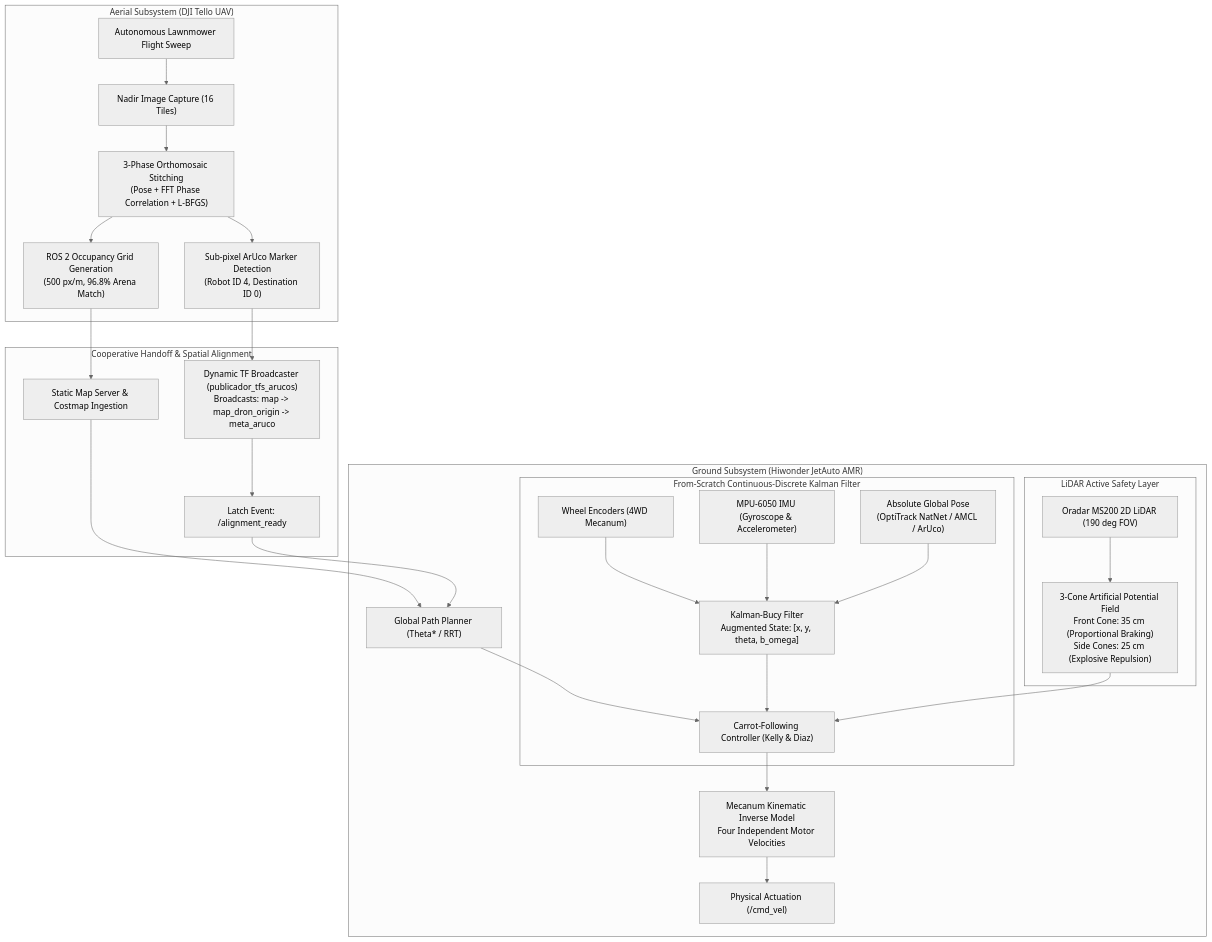
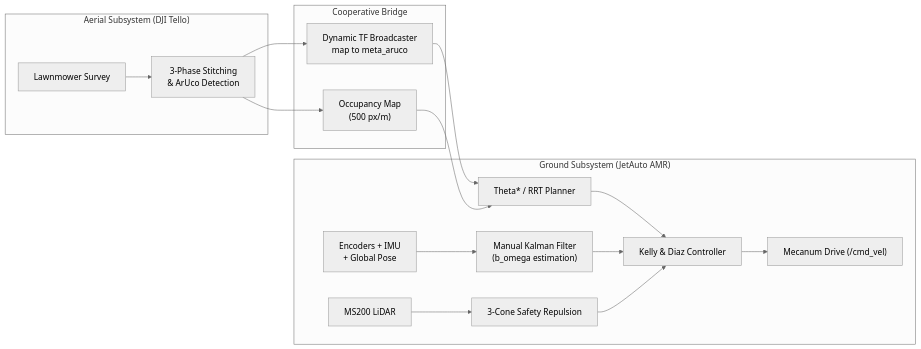
One commit to opyntorr/port_bot_sim_ws changed the first of 5 diagrams in README.md. Above: the diagram before and after it, drawn with Mermaid (neutral theme). The commit also changed other lines of this file, not shown here.

Commit message:
docs: simplify and streamline mermaid architecture diagrams

````diff
--- a/README.md
+++ b/README.md
@@ -48,36 +48,22 @@
 ```mermaid
-flowchart TD
-    subgraph Aerial_Subsystem["Aerial Subsystem (DJI Tello UAV)"]
-        A1["Autonomous Lawnmower Flight Sweep"] --> A2["Nadir Image Capture (16 Tiles)"]
-        A2 --> A3["3-Phase Orthomosaic Stitching\n(Pose + FFT Phase Correlation + L-BFGS)"]
-        A3 --> A4["ROS 2 Occupancy Grid Generation\n(500 px/m, 96.8% Arena Match)"]
-        A3 --> A5["Sub-pixel ArUco Marker Detection\n(Robot ID 4, Destination ID 0)"]
+flowchart LR
+    subgraph Aerial["Aerial Subsystem (DJI Tello)"]
+        UAV["Lawnmower Survey"] --> Stitch["3-Phase Stitching\n& ArUco Detection"]
     end
 
-    subgraph Coordination["Cooperative Handoff & Spatial Alignment"]
-        A4 --> C1["Static Map Server & Costmap Ingestion"]
-        A5 --> C2["Dynamic TF Broadcaster (publicador_tfs_arucos)\nBroadcasts: map -> map_dron_origin -> meta_aruco"]
-        C2 --> C3["Latch Event: /alignment_ready"]
+    subgraph Coordination["Cooperative Bridge"]
+        Stitch --> TF["Dynamic TF Broadcaster\nmap to meta_aruco"]
+        Stitch --> Map["Occupancy Map\n(500 px/m)"]
     end
 
-    subgraph Ground_Subsystem["Ground Subsystem (Hiwonder JetAuto AMR)"]
-        C1 --> G1["Global Path Planner (Theta* / RRT)"]
-        C3 --> G1
-        G1 --> G2["Carrot-Following Controller (Kelly & Diaz)"]
-        
-        subgraph Sensor_Fusion["From-Scratch Continuous-Discrete Kalman Filter"]
-            SF1["Wheel Encoders (4WD Mecanum)"] --> SF_KF["Kalman-Bucy Filter\nAugmented State: [x, y, theta, b_omega]"]
-            SF2["MPU-6050 IMU (Gyroscope & Accelerometer)"] --> SF_KF
-            SF3["Absolute Global Pose\n(OptiTrack NatNet / AMCL / ArUco)"] --> SF_KF
-            SF_KF --> G2
-        end
-
-        subgraph Safety_Layer["LiDAR Active Safety Layer"]
-            L1["Oradar MS200 2D LiDAR (190 deg FOV)"] --> L2["3-Cone Artificial Potential Field\nFront Cone: 35 cm (Proportional Braking)\nSide Cones: 25 cm (Explosive Repulsion)"]
-            L2 --> G2
-        end
-
-        G2 --> G3["Mecanum Kinematic Inverse Model\nFour Independent Motor Velocities"]
-        G3 --> G4["Physical Actuation (/cmd_vel)"]
+    subgraph Ground["Ground Subsystem (JetAuto AMR)"]
+        TF --> Plan["Theta* / RRT Planner"]
+        Map --> Plan
+        Plan --> Ctrl["Kelly & Diaz Controller"]
+        Sensors["Encoders + IMU\n+ Global Pose"] --> KF["Manual Kalman Filter\n(b_omega estimation)"]
+        KF --> Ctrl
+        LiDAR["MS200 LiDAR"] --> Safe["3-Cone Safety Repulsion"]
+        Safe --> Ctrl
+        Ctrl --> Act["Mecanum Drive (/cmd_vel)"]
     end
 ```
````
